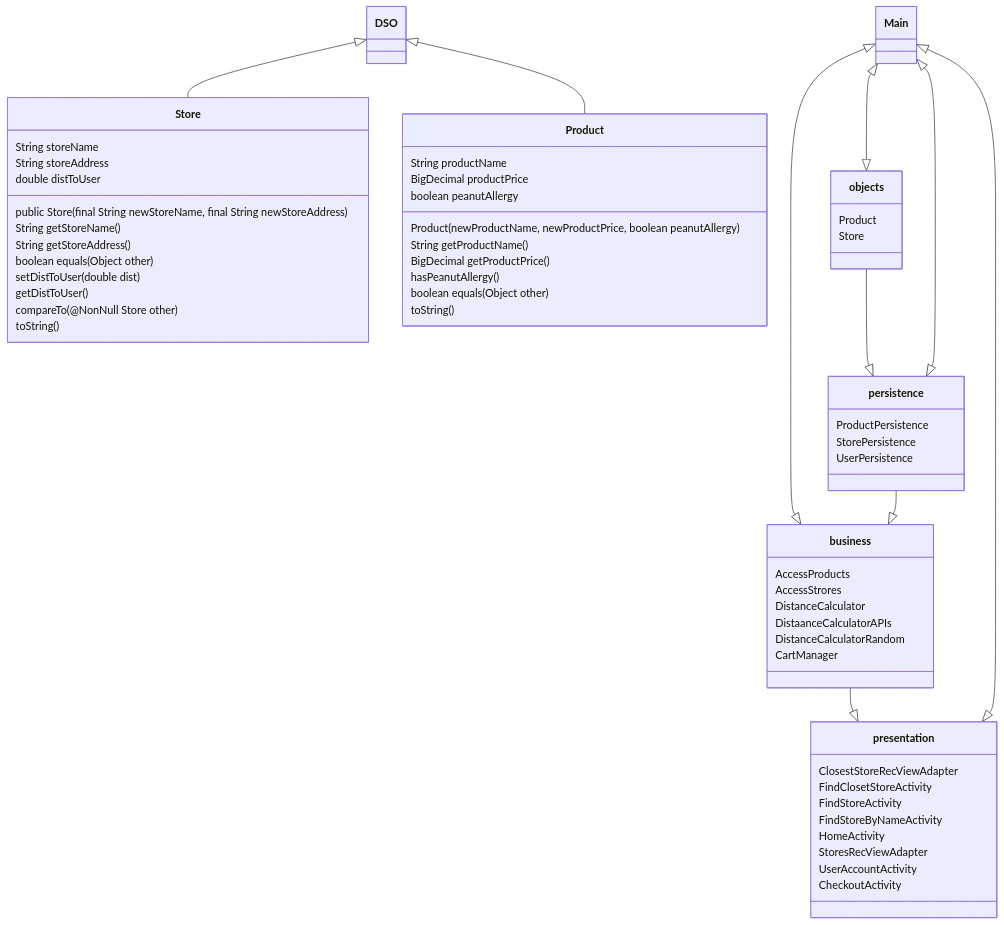
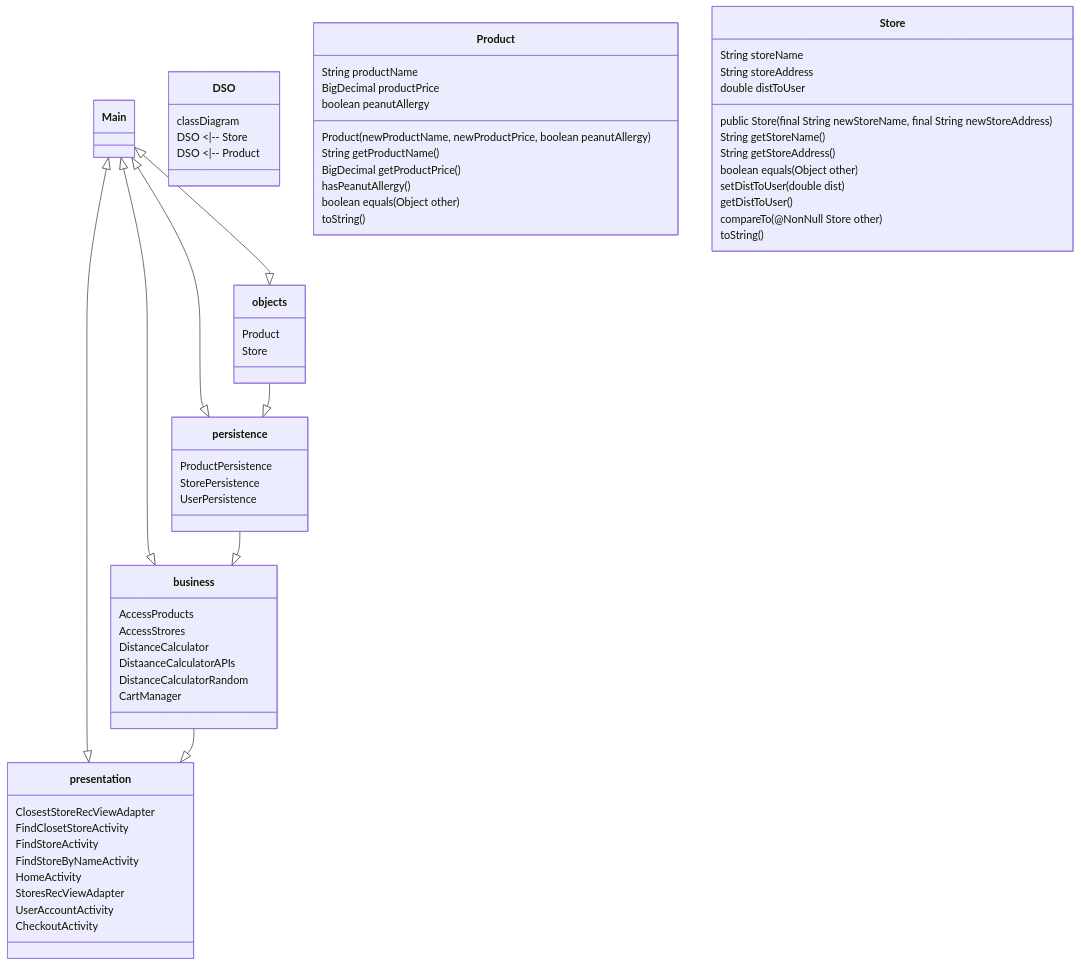
One commit to timonchen/GoCart changed the diagram in ARCHITECTURE.md. Above: the diagram before and after it, drawn with Mermaid.

Commit message:
Replace ARCHITECTURE.md

````diff
--- a/ARCHITECTURE.md
+++ b/ARCHITECTURE.md
@@ -31,78 +31,82 @@
 ```mermaid
 classDiagram
    
     Main <|--|> business
     Main <|--|> objects
     Main <|--|> persistence 
     Main <|--|> presentation
-    DSO <|-- Store
-    DSO <|-- Product
+
     business --|> presentation
     persistence --|> business
     objects --|> persistence
     class Main{
     }
 
  class business{
 	AccessProducts
 	AccessStrores
 	DistanceCalculator
 	DistaanceCalculatorAPIs
 	DistanceCalculatorRandom
 CartManager
 
 
 }
 
 class objects{
 Product
 Store
 }
 
 class persistence{
 ProductPersistence
 StorePersistence
 UserPersistence
 }
 
 class presentation{
 ClosestStoreRecViewAdapter
 FindClosetStoreActivity
 FindStoreActivity
 FindStoreByNameActivity
 HomeActivity
 StoresRecViewAdapter
 UserAccountActivity
 CheckoutActivity
 
 }
  class DSO{
+classDiagram
+
+    DSO <|-- Store
+    DSO <|-- Product
+
     }
 
 class Product{
 String productName
 BigDecimal productPrice
 boolean peanutAllergy
 Product(newProductName, newProductPrice, boolean peanutAllergy)
 String getProductName()
 BigDecimal getProductPrice()
 hasPeanutAllergy()
 boolean equals(Object other)
 toString()
 
 }
 
 class Store{
 String storeName
 String storeAddress
 double distToUser
 public Store(final String newStoreName, final String newStoreAddress)
 String getStoreName()
 String getStoreAddress()
 boolean equals(Object other) 
 setDistToUser(double dist)
 getDistToUser()
 compareTo(@NonNull Store other) 
 toString()
 }
 ```
````
